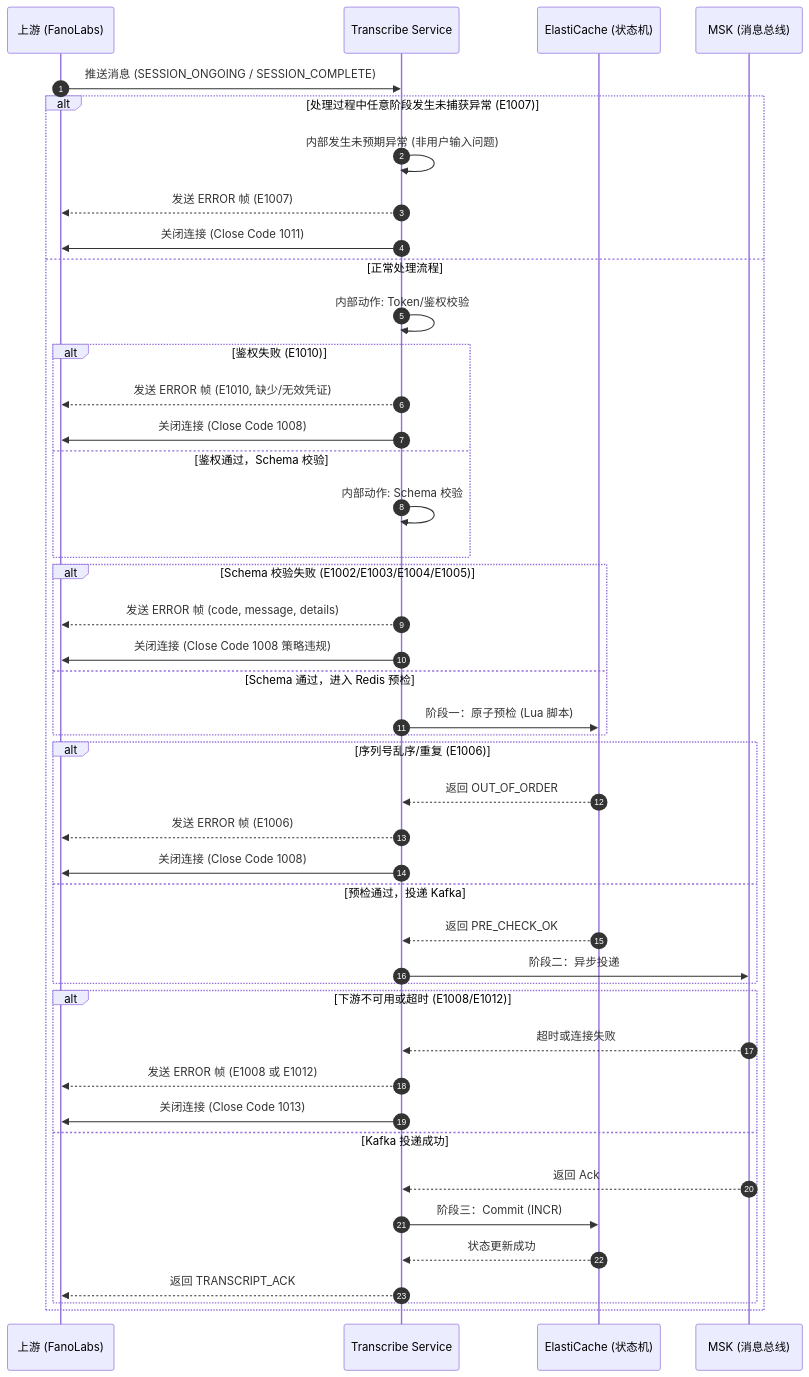
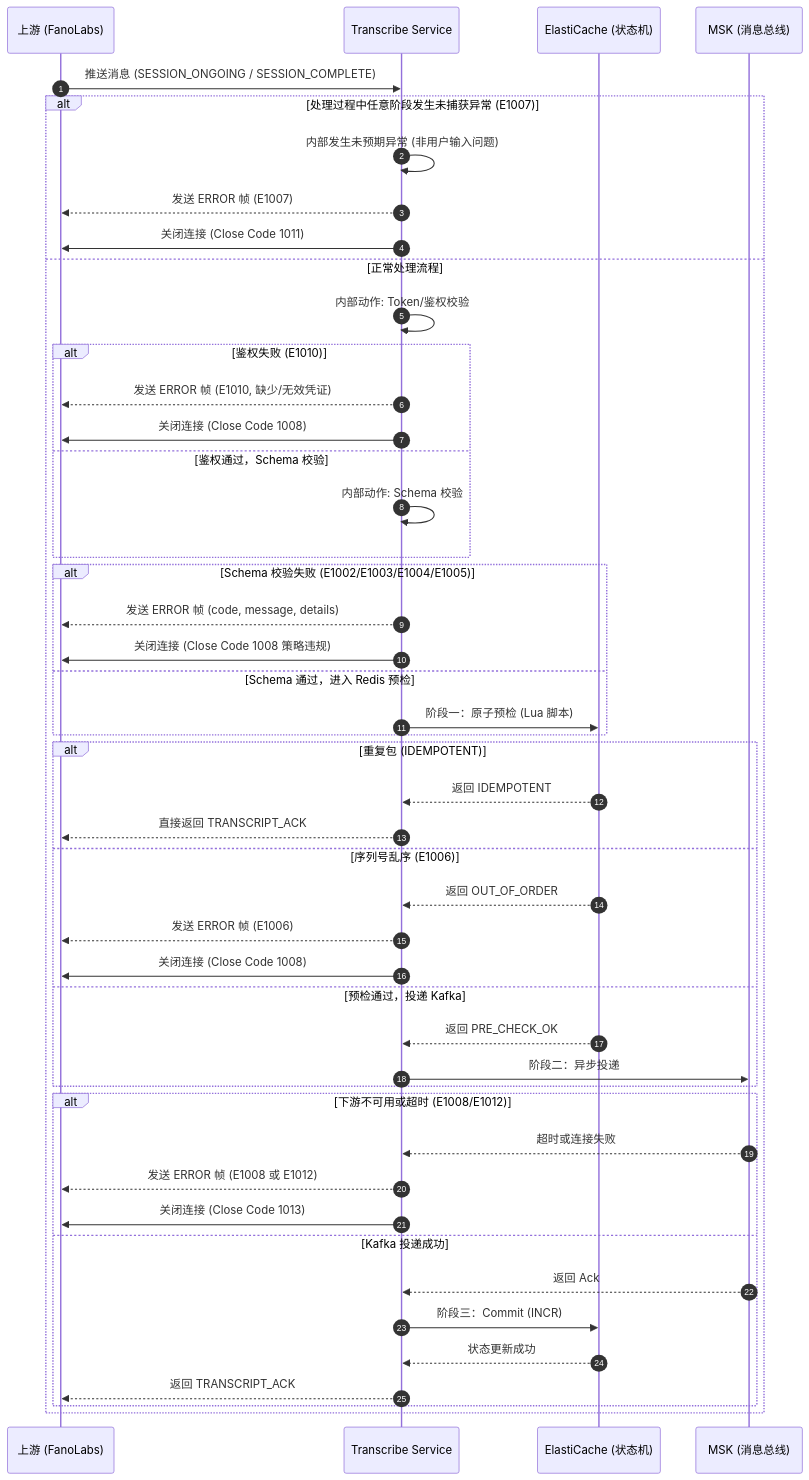
One commit to xiaodouya001/transcribe_service changed the fifth of 6 diagrams in design/application-design_zh.md. Above: the diagram before and after it, drawn with Mermaid. The commit also changed other lines of this file and 31 other files, not shown here.

````diff
--- a/design/application-design_zh.md
+++ b/design/application-design_zh.md
@@ -189,51 +189,54 @@
 ```mermaid
 sequenceDiagram
     autonumber
     participant Vendor as 上游 (FanoLabs)
     participant Trans as Transcribe Service
     participant Redis as ElastiCache (状态机)
     participant Kafka as MSK (消息总线)
 
     Vendor->>Trans: 推送消息 (SESSION_ONGOING / SESSION_COMPLETE)
 
     alt 处理过程中任意阶段发生未捕获异常 (E1007)
         Trans->>Trans: 内部发生未预期异常 (非用户输入问题)
         Trans-->>Vendor: 发送 ERROR 帧 (E1007)
         Trans->>Vendor: 关闭连接 (Close Code 1011)
     else 正常处理流程
         Trans->>Trans: 内部动作: Token/鉴权校验
         alt 鉴权失败 (E1010)
             Trans-->>Vendor: 发送 ERROR 帧 (E1010, 缺少/无效凭证)
             Trans->>Vendor: 关闭连接 (Close Code 1008)
         else 鉴权通过，Schema 校验
             Trans->>Trans: 内部动作: Schema 校验
         end
 
         alt Schema 校验失败 (E1002/E1003/E1004/E1005)
             Trans-->>Vendor: 发送 ERROR 帧 (code, message, details)
             Trans->>Vendor: 关闭连接 (Close Code 1008 策略违规)
         else Schema 通过，进入 Redis 预检
             Trans->>Redis: 阶段一：原子预检 (Lua 脚本)
         end
 
-        alt 序列号乱序/重复 (E1006)
+        alt 重复包 (IDEMPOTENT)
+            Redis-->>Trans: 返回 IDEMPOTENT
+            Trans-->>Vendor: 直接返回 TRANSCRIPT_ACK
+        else 序列号乱序 (E1006)
             Redis-->>Trans: 返回 OUT_OF_ORDER
             Trans-->>Vendor: 发送 ERROR 帧 (E1006)
             Trans->>Vendor: 关闭连接 (Close Code 1008)
         else 预检通过，投递 Kafka
             Redis-->>Trans: 返回 PRE_CHECK_OK
             Trans->>Kafka: 阶段二：异步投递
         end
 
         alt 下游不可用或超时 (E1008/E1012)
             Kafka-->>Trans: 超时或连接失败
             Trans-->>Vendor: 发送 ERROR 帧 (E1008 或 E1012)
             Trans->>Vendor: 关闭连接 (Close Code 1013)
         else Kafka 投递成功
             Kafka-->>Trans: 返回 Ack
             Trans->>Redis: 阶段三：Commit (INCR)
             Redis-->>Trans: 状态更新成功
             Trans-->>Vendor: 返回 TRANSCRIPT_ACK
         end
     end
 ```
````
